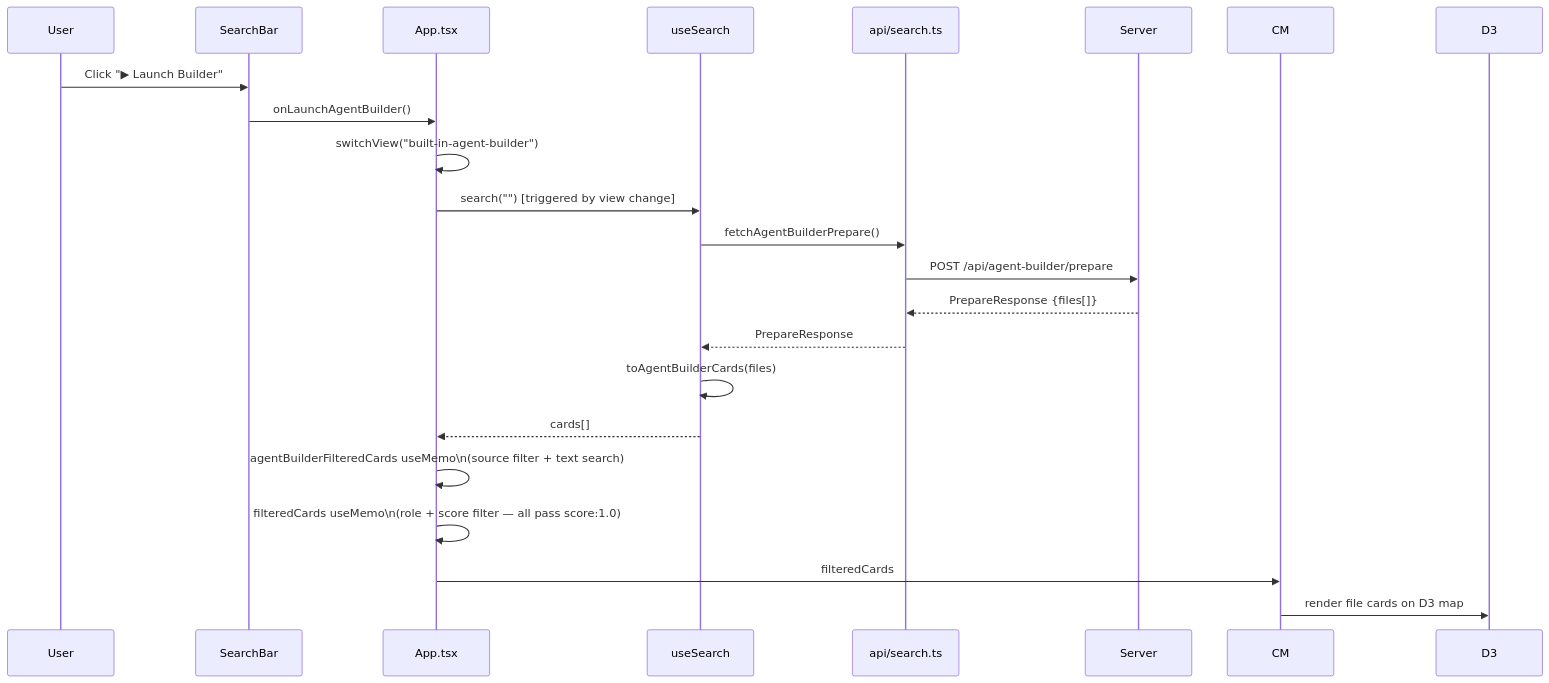
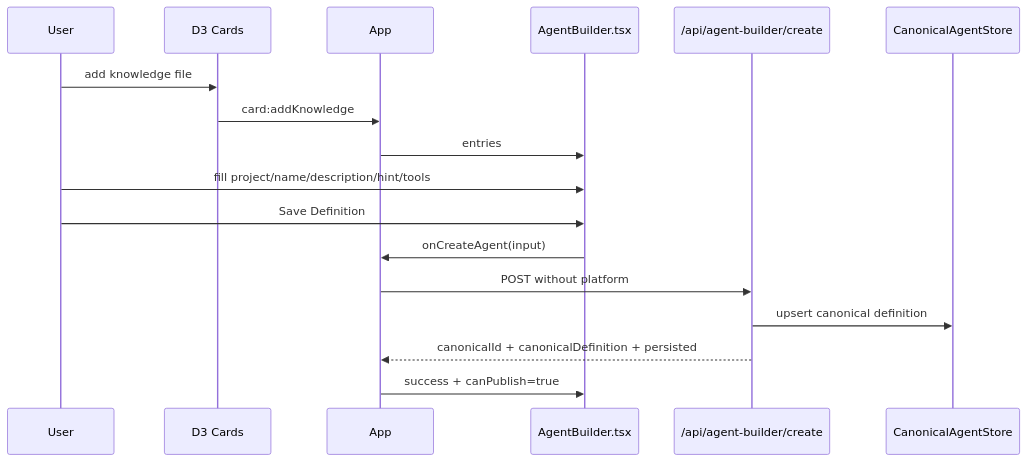
Before and after one commit to Kyliathy/context-core: the second of 3 diagrams in visualizer/zz-reach2/architecture/agents/archi-agent-builder-ui.md, drawn with Mermaid. The commit also changed other lines of this file and 87 other files, not shown here.

````diff
--- a/visualizer/zz-reach2/architecture/agents/archi-agent-builder-ui.md
+++ b/visualizer/zz-reach2/architecture/agents/archi-agent-builder-ui.md
@@ -331,24 +99,20 @@
 ```mermaid
 sequenceDiagram
-    participant U as User
-    participant SB as SearchBar
-    participant APP as App.tsx
-    participant US as useSearch
-    participant API as api/search.ts
-    participant SRV as Server
+    participant User
+    participant Cards as D3 Cards
+    participant App
+    participant Basket as AgentBuilder.tsx
+    participant API as /api/agent-builder/create
+    participant Store as CanonicalAgentStore
 
-    U->>SB: Click "▶ Launch Builder"
-    SB->>APP: onLaunchAgentBuilder()
-    APP->>APP: switchView("built-in-agent-builder")
-    APP->>US: search("") [triggered by view change]
-    US->>API: fetchAgentBuilderPrepare()
-    API->>SRV: POST /api/agent-builder/prepare
-    SRV-->>API: PrepareResponse {files[]}
-    API-->>US: PrepareResponse
-    US->>US: toAgentBuilderCards(files)
-    US-->>APP: cards[]
-    APP->>APP: agentBuilderFilteredCards useMemo\n(source filter + text search)
-    APP->>APP: filteredCards useMemo\n(role + score filter — all pass score:1.0)
-    APP->>CM: filteredCards
-    CM->>D3: render file cards on D3 map
+    User->>Cards: add knowledge file
+    Cards->>App: card:addKnowledge
+    App->>Basket: entries
+    User->>Basket: fill project/name/description/hint/tools
+    User->>Basket: Save Definition
+    Basket->>App: onCreateAgent(input)
+    App->>API: POST without platform
+    API->>Store: upsert canonical definition
+    API-->>App: canonicalId + canonicalDefinition + persisted
+    App->>Basket: success + canPublish=true
 ```
````
